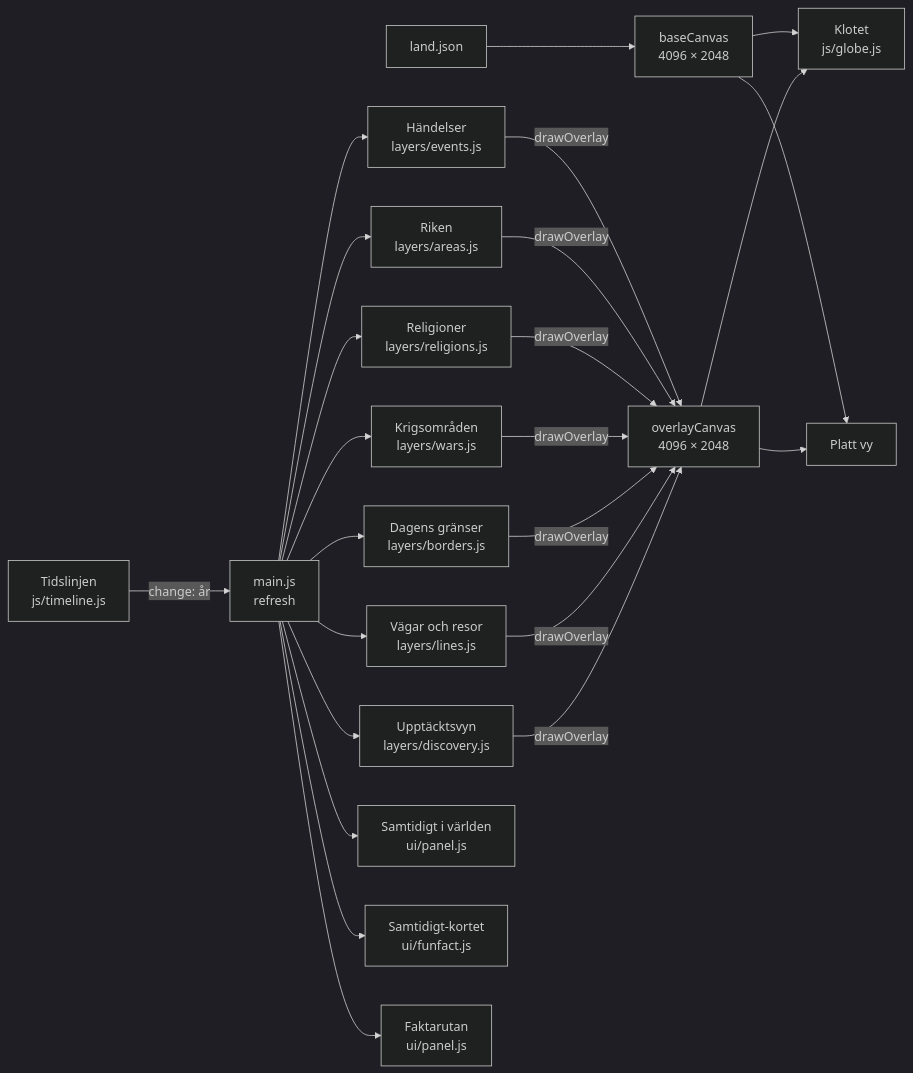
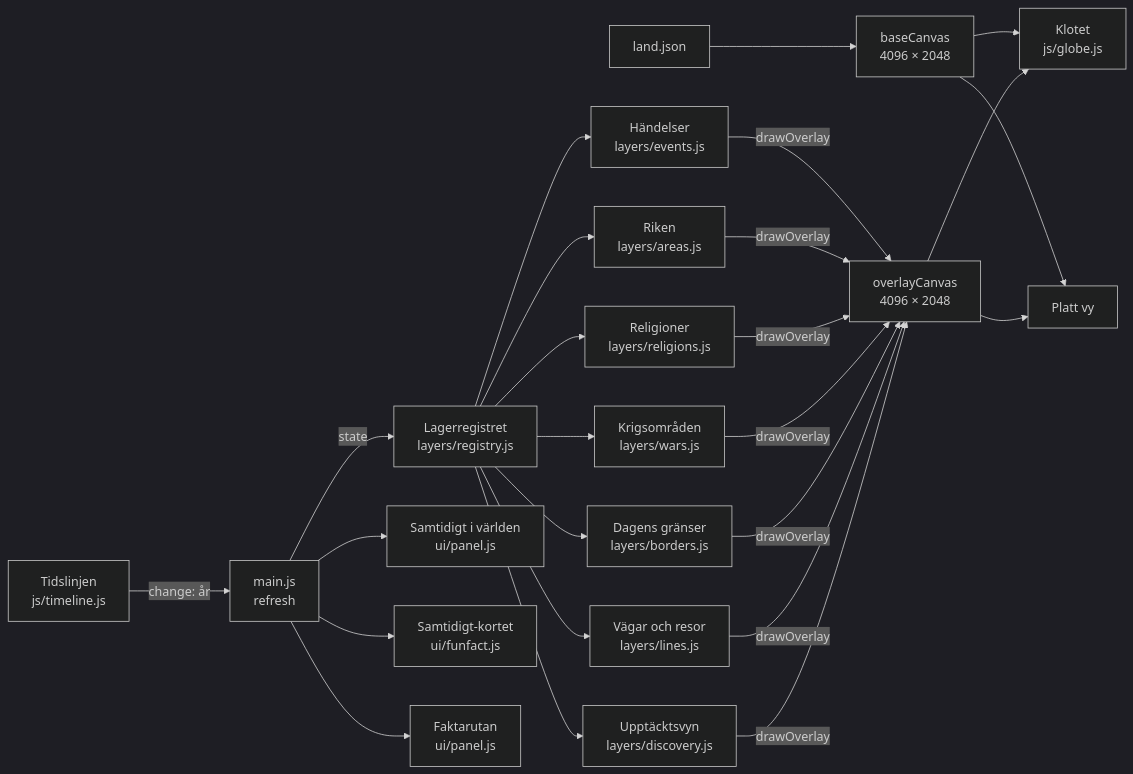
Before and after one commit to DasKrokodil/historia-globen: the diagram in docs/arkitektur.md, drawn with Mermaid (dark theme). The commit also changed other lines of this file and 2 other files, not shown here.

First line of the commit message:
Dokumentation för lagerregistret (#338, steg 10)

````diff
--- a/docs/arkitektur.md
+++ b/docs/arkitektur.md
@@ -16,18 +16,19 @@
 ```mermaid
 flowchart LR
   T[Tidslinjen<br/>js/timeline.js] -- change: år --> M[main.js<br/>refresh]
-  M --> L1[Händelser<br/>layers/events.js]
-  M --> L2[Riken<br/>layers/areas.js]
-  M --> L3[Religioner<br/>layers/religions.js]
-  M --> L4[Krigsområden<br/>layers/wars.js]
-  M --> L5[Dagens gränser<br/>layers/borders.js]
-  M --> L6[Vägar och resor<br/>layers/lines.js]
-  M --> L7[Upptäcktsvyn<br/>layers/discovery.js]
+  M -- state --> R[Lagerregistret<br/>layers/registry.js]
+  R --> L1[Händelser<br/>layers/events.js]
+  R --> L2[Riken<br/>layers/areas.js]
+  R --> L3[Religioner<br/>layers/religions.js]
+  R --> L4[Krigsområden<br/>layers/wars.js]
+  R --> L5[Dagens gränser<br/>layers/borders.js]
+  R --> L6[Vägar och resor<br/>layers/lines.js]
+  R --> L7[Upptäcktsvyn<br/>layers/discovery.js]
   L1 & L2 & L3 & L4 & L5 & L6 & L7 -- drawOverlay --> O[overlayCanvas<br/>4096 × 2048]
   B[land.json] --> BC[baseCanvas<br/>4096 × 2048]
   BC & O --> G[Klotet<br/>js/globe.js]
   BC & O --> F[Platt vy]
   M --> P[Samtidigt i världen<br/>ui/panel.js]
   M --> S[Samtidigt-kortet<br/>ui/funfact.js]
   M --> D[Faktarutan<br/>ui/panel.js]
 ```
````
